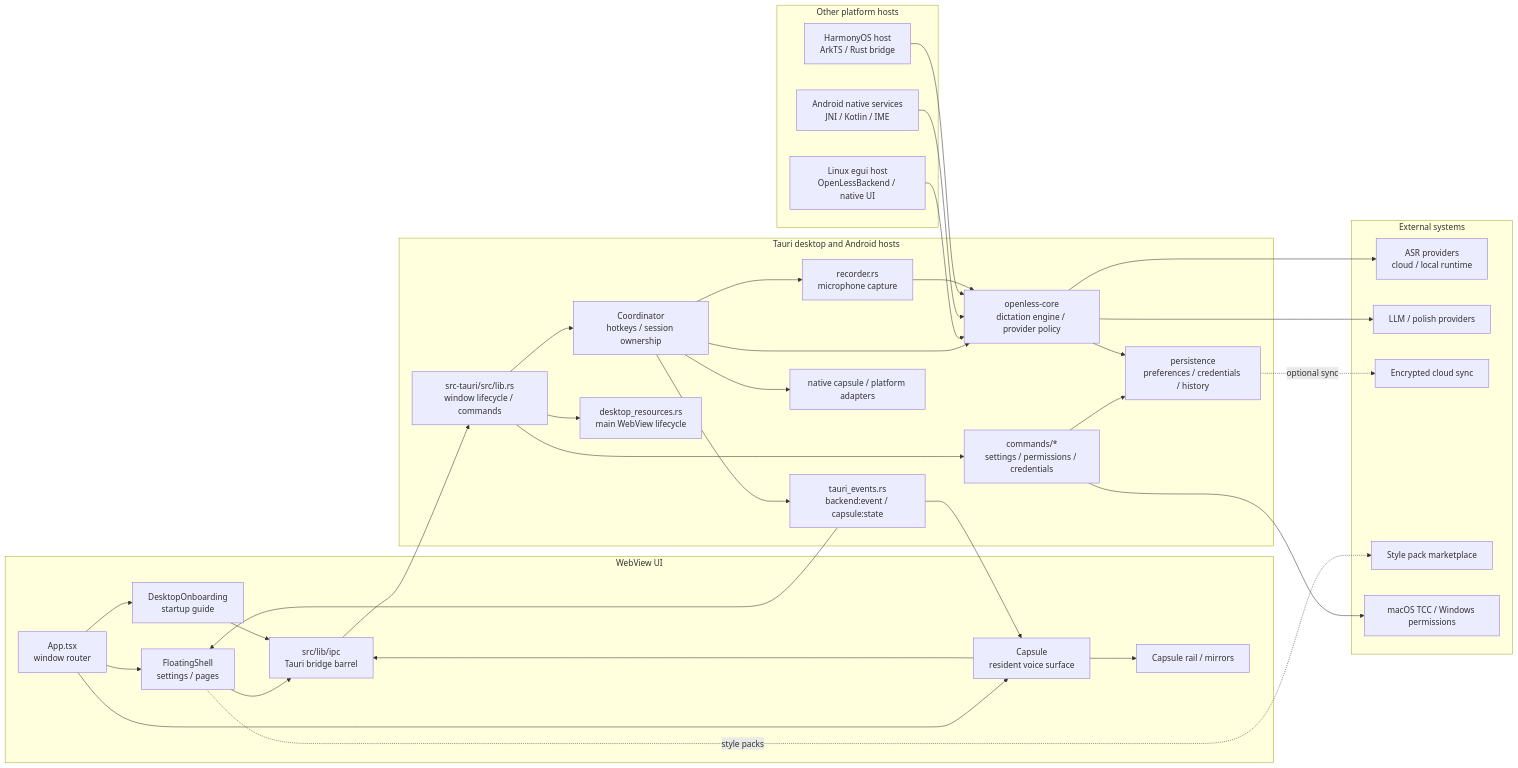
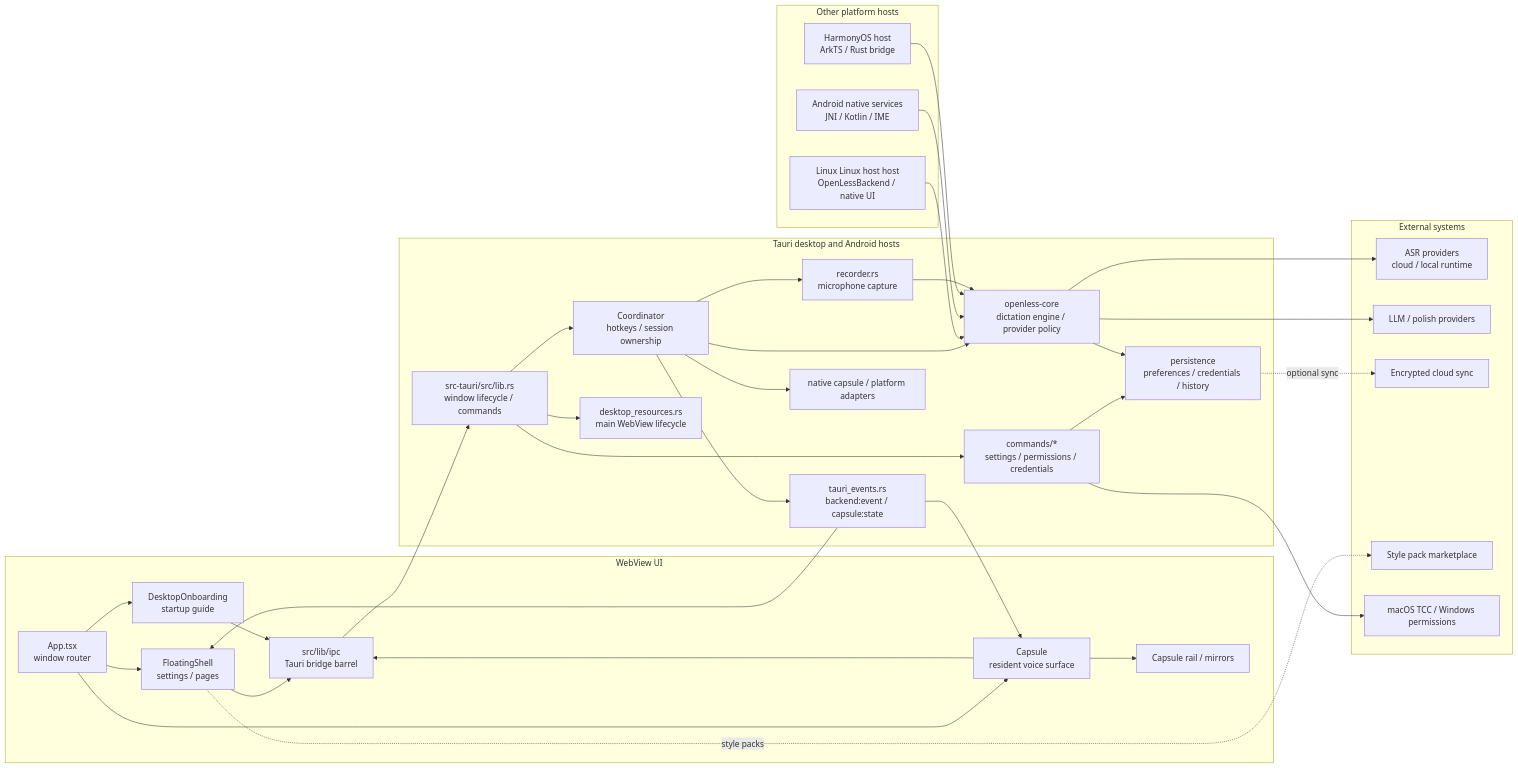
Before and after one commit to Open-Less/openless: the diagram in docs/images/client-diagrams/openless-client-architecture.mmd, drawn with Mermaid. The commit also changed 231 other files, not shown here.

First line of the commit message:
refactor(linux): 删除 egui，Linux 只剩 Qt/WebKit 宿主

```diff
--- a/docs/images/client-diagrams/openless-client-architecture.mmd
+++ b/docs/images/client-diagrams/openless-client-architecture.mmd
@@ -1,65 +1,65 @@
 %% OpenLess client architecture — generated from beta c9350455 / defd6924 boundaries
 flowchart LR
     subgraph UI[WebView UI]
         APP[App.tsx\nwindow router]
         MAIN[FloatingShell\nsettings / pages]
         GUIDE[DesktopOnboarding\nstartup guide]
         CAP[Capsule\nresident voice surface]
         RAIL[Capsule rail / mirrors]
         IPC[src/lib/ipc\nTauri bridge barrel]
         APP --> MAIN
         APP --> GUIDE
         APP --> CAP
         CAP --> RAIL
         MAIN --> IPC
         GUIDE --> IPC
         CAP --> IPC
     end
 
     subgraph HOST[Tauri desktop and Android hosts]
         LIB[src-tauri/src/lib.rs\nwindow lifecycle / commands]
         COORD[Coordinator\nhotkeys / session ownership]
         EVENTS[tauri_events.rs\nbackend:event / capsule:state]
         DESKTOP[desktop_resources.rs\nmain WebView lifecycle]
         HOSTIPC[commands/*\nsettings / permissions / credentials]
         REC[recorder.rs\nmicrophone capture]
         CORE[openless-core\ndictation engine / provider policy]
         PERSIST[persistence\npreferences / credentials / history]
         NATIVE[native capsule / platform adapters]
         LIB --> COORD
         LIB --> DESKTOP
         LIB --> HOSTIPC
         COORD --> CORE
         COORD --> REC
         COORD --> EVENTS
         COORD --> NATIVE
         HOSTIPC --> PERSIST
         CORE --> PERSIST
     end
 
     subgraph OTHER[Other platform hosts]
-        LINUX[Linux egui host\nOpenLessBackend / native UI]
+        LINUX[Linux Linux host host\nOpenLessBackend / native UI]
         ANDROID[Android native services\nJNI / Kotlin / IME]
         HARMONY[HarmonyOS host\nArkTS / Rust bridge]
         LINUX --> CORE
         ANDROID --> CORE
         HARMONY --> CORE
     end
 
     subgraph EXT[External systems]
         ASR[ASR providers\ncloud / local runtime]
         LLM[LLM / polish providers]
         SYNC[Encrypted cloud sync]
         MARKET[Style pack marketplace]
         TCC[macOS TCC / Windows permissions]
     end
 
     IPC --> LIB
     EVENTS --> CAP
     EVENTS --> MAIN
     REC --> CORE
     CORE --> ASR
     CORE --> LLM
     HOSTIPC --> TCC
     PERSIST -. optional sync .-> SYNC
     MAIN -. style packs .-> MARKET
```
